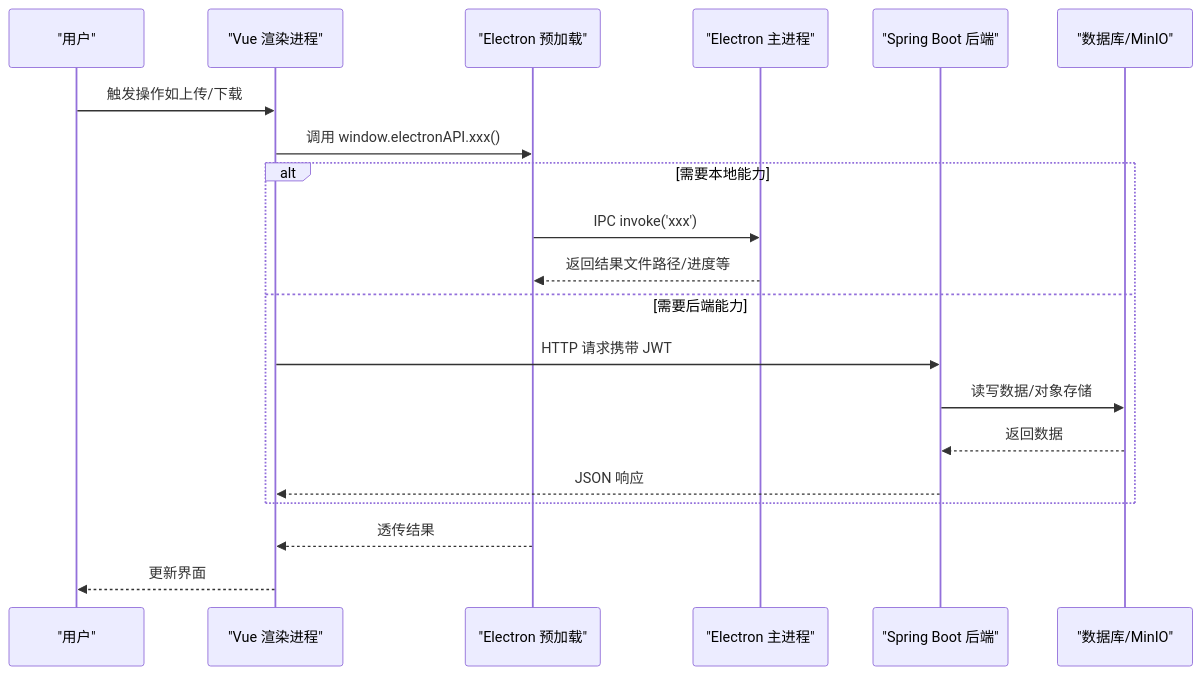
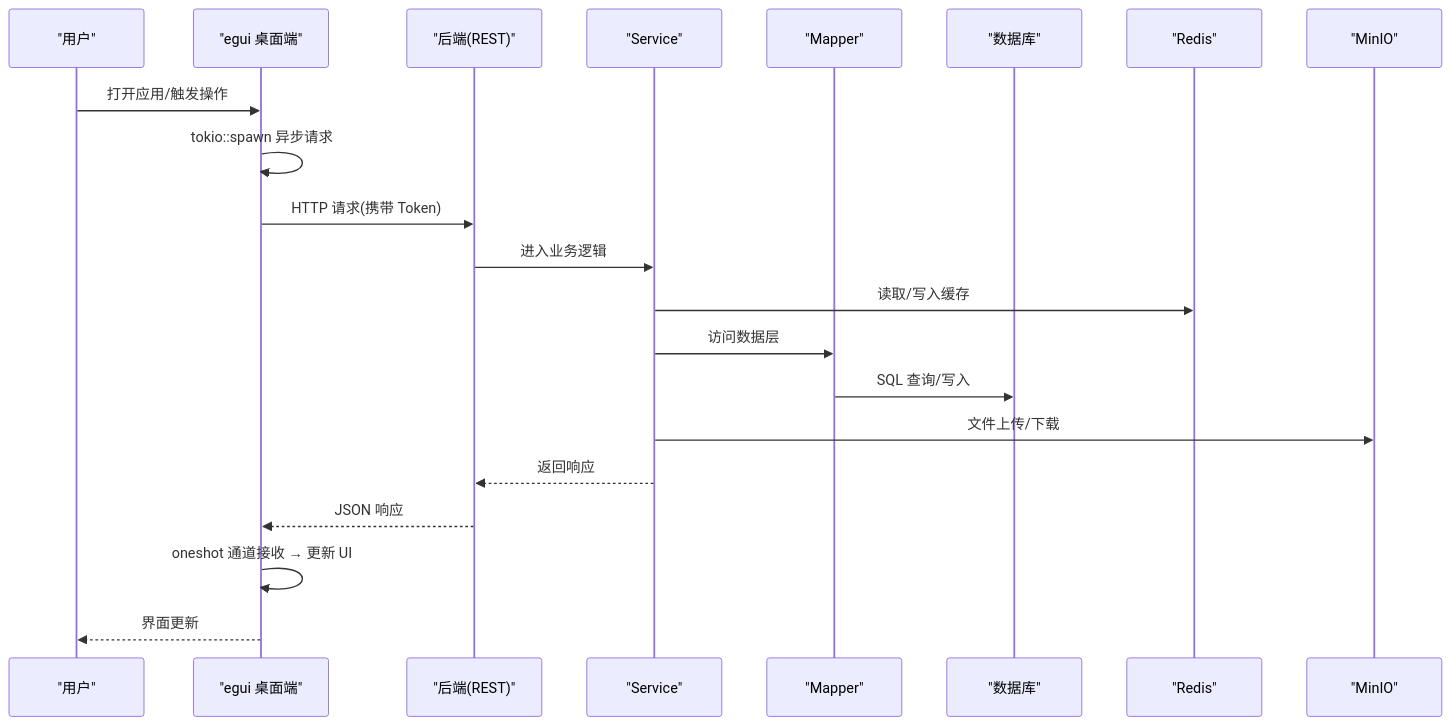
One commit to PezMax/PezMax-One changed the second of 7 diagrams in repowiki/zh/content/系统架构设计/整体架构概览.md. Above: the diagram before and after it, drawn with Mermaid. The commit also changed other lines of this file and 12 other files, not shown here.

````diff
--- a/repowiki/zh/content/系统架构设计/整体架构概览.md
+++ b/repowiki/zh/content/系统架构设计/整体架构概览.md
@@ -117,22 +91,23 @@
 ```mermaid
 sequenceDiagram
 participant U as "用户"
-participant V as "Vue 渲染进程"
-participant P as "Electron 预加载"
-participant M as "Electron 主进程"
-participant S as "Spring Boot 后端"
-participant DB as "数据库/MinIO"
-U->>V : 触发操作如上传/下载
-V->>P : 调用 window.electronAPI.xxx()
-alt 需要本地能力
-P->>M : IPC invoke('xxx')
-M-->>P : 返回结果文件路径/进度等
-else 需要后端能力
-V->>S : HTTP 请求携带 JWT
-S->>DB : 读写数据/对象存储
-DB-->>S : 返回数据
-S-->>V : JSON 响应
-end
-P-->>V : 透传结果
-V-->>U : 更新界面
+participant E as "egui 桌面端"
+participant B as "后端(REST)"
+participant S as "Service"
+participant M as "Mapper"
+participant DB as "数据库"
+participant RC as "Redis"
+participant OS as "MinIO"
+U->>E : 打开应用/触发操作
+E->>E : tokio::spawn 异步请求
+E->>B : HTTP 请求(携带 Token)
+B->>S : 进入业务逻辑
+S->>RC : 读取/写入缓存
+S->>M : 访问数据层
+M->>DB : SQL 查询/写入
+S->>OS : 文件上传/下载
+S-->>B : 返回响应
+B-->>E : JSON 响应
+E->>E : oneshot 通道接收 → 更新 UI
+E-->>U : 界面更新
 ```
````
